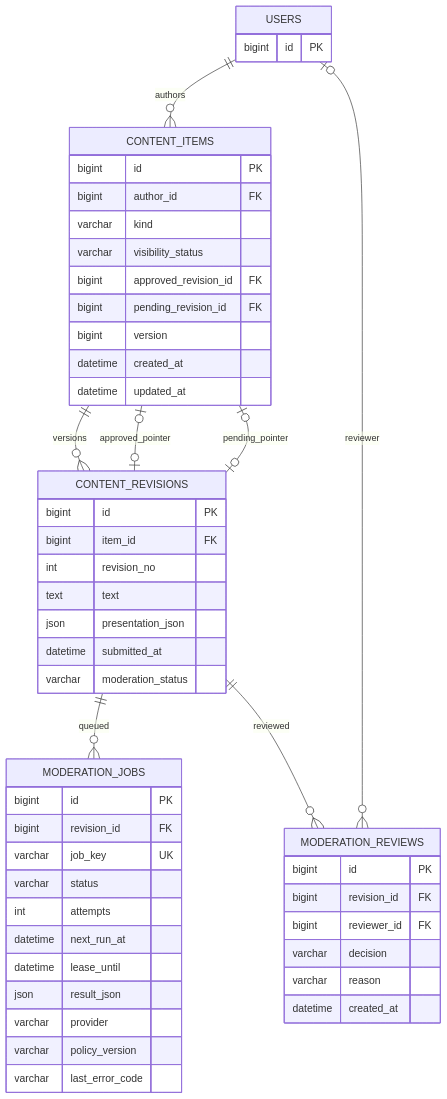
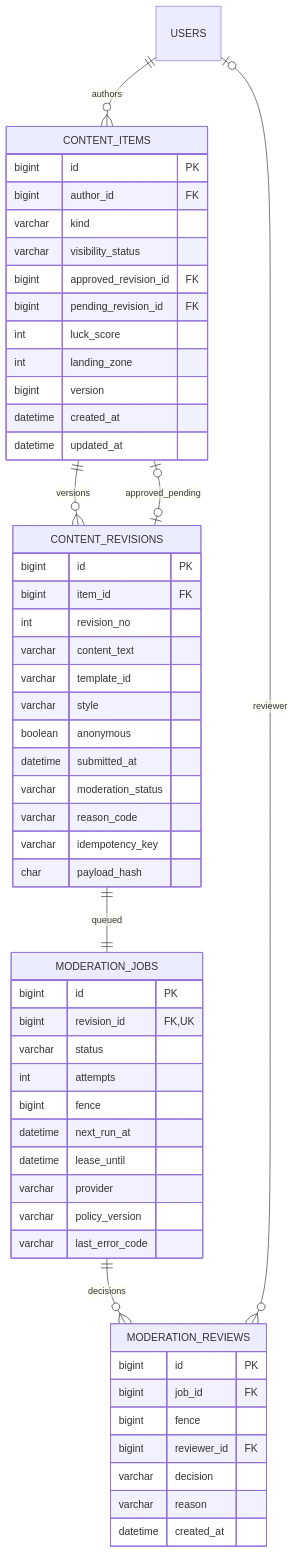
The fifth of 12 diagrams in docs/erd.md (anonymity-developer/connection_16), drawn with Mermaid before and after one commit. The commit also changed other lines of this file and 16 other files, not shown here.

Commit message:
fix(content): verify revision recovery and document moderation boundaries

````diff
--- a/docs/erd.md
+++ b/docs/erd.md
@@ -151,54 +151,57 @@
 ```mermaid
 erDiagram
     USERS ||--o{ CONTENT_ITEMS : authors
     CONTENT_ITEMS ||--o{ CONTENT_REVISIONS : versions
-    CONTENT_ITEMS o|--o| CONTENT_REVISIONS : approved_pointer
-    CONTENT_ITEMS o|--o| CONTENT_REVISIONS : pending_pointer
-    CONTENT_REVISIONS ||--o{ MODERATION_JOBS : queued
-    CONTENT_REVISIONS ||--o{ MODERATION_REVIEWS : reviewed
+    CONTENT_ITEMS o|--o| CONTENT_REVISIONS : approved_pending
+    CONTENT_REVISIONS ||--|| MODERATION_JOBS : queued
+    MODERATION_JOBS ||--o{ MODERATION_REVIEWS : decisions
     USERS o|--o{ MODERATION_REVIEWS : reviewer
     CONTENT_ITEMS {
         bigint id PK
         bigint author_id FK
         varchar kind
         varchar visibility_status
         bigint approved_revision_id FK
         bigint pending_revision_id FK
+        int luck_score
+        int landing_zone
         bigint version
         datetime created_at
         datetime updated_at
     }
     CONTENT_REVISIONS {
         bigint id PK
         bigint item_id FK
         int revision_no
-        text text
-        json presentation_json
+        varchar content_text
+        varchar template_id
+        varchar style
+        boolean anonymous
         datetime submitted_at
         varchar moderation_status
+        varchar reason_code
+        varchar idempotency_key
+        char payload_hash
     }
     MODERATION_JOBS {
         bigint id PK
-        bigint revision_id FK
-        varchar job_key UK
+        bigint revision_id FK,UK
         varchar status
         int attempts
+        bigint fence
         datetime next_run_at
         datetime lease_until
-        json result_json
         varchar provider
         varchar policy_version
         varchar last_error_code
     }
     MODERATION_REVIEWS {
         bigint id PK
-        bigint revision_id FK
+        bigint job_id FK
+        bigint fence
         bigint reviewer_id FK
         varchar decision
         varchar reason
         datetime created_at
     }
-    USERS {
-        bigint id PK
-    }
 ```
````
